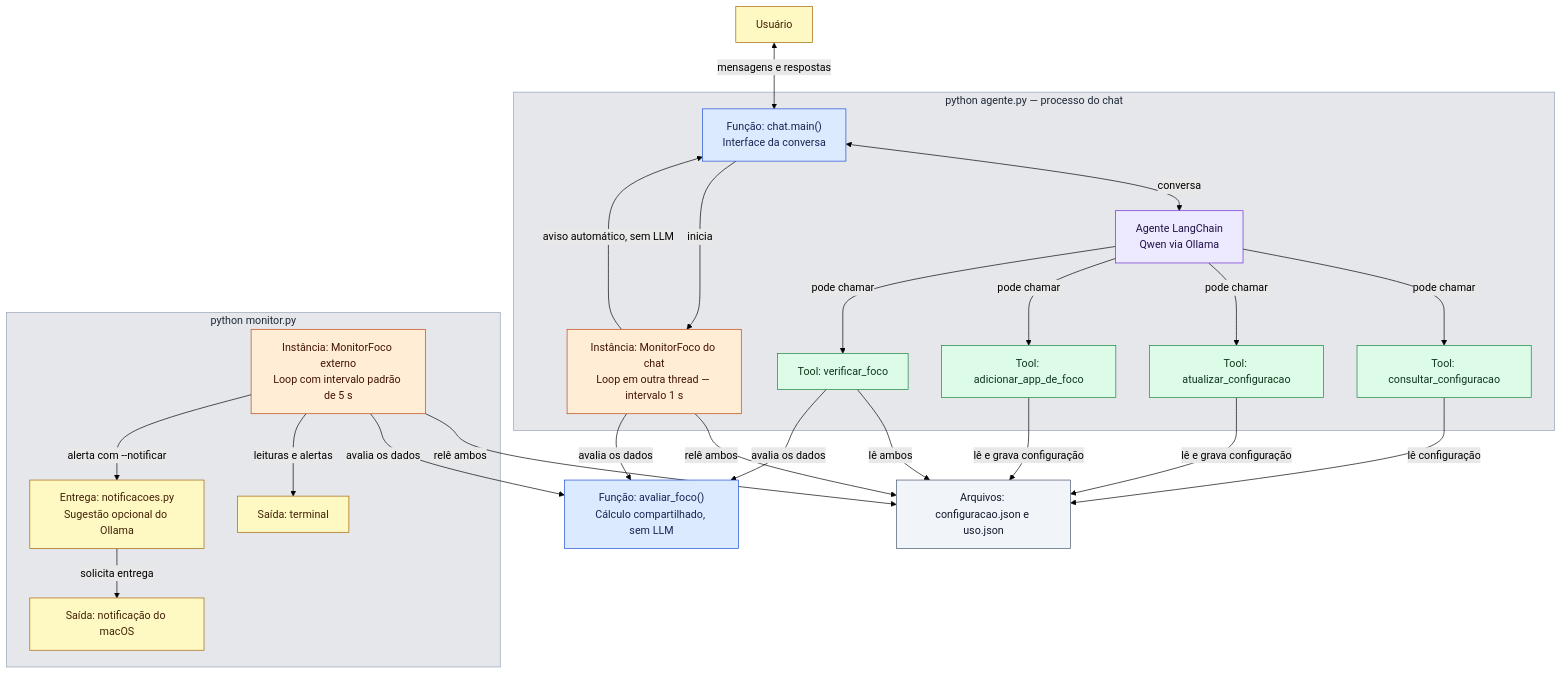
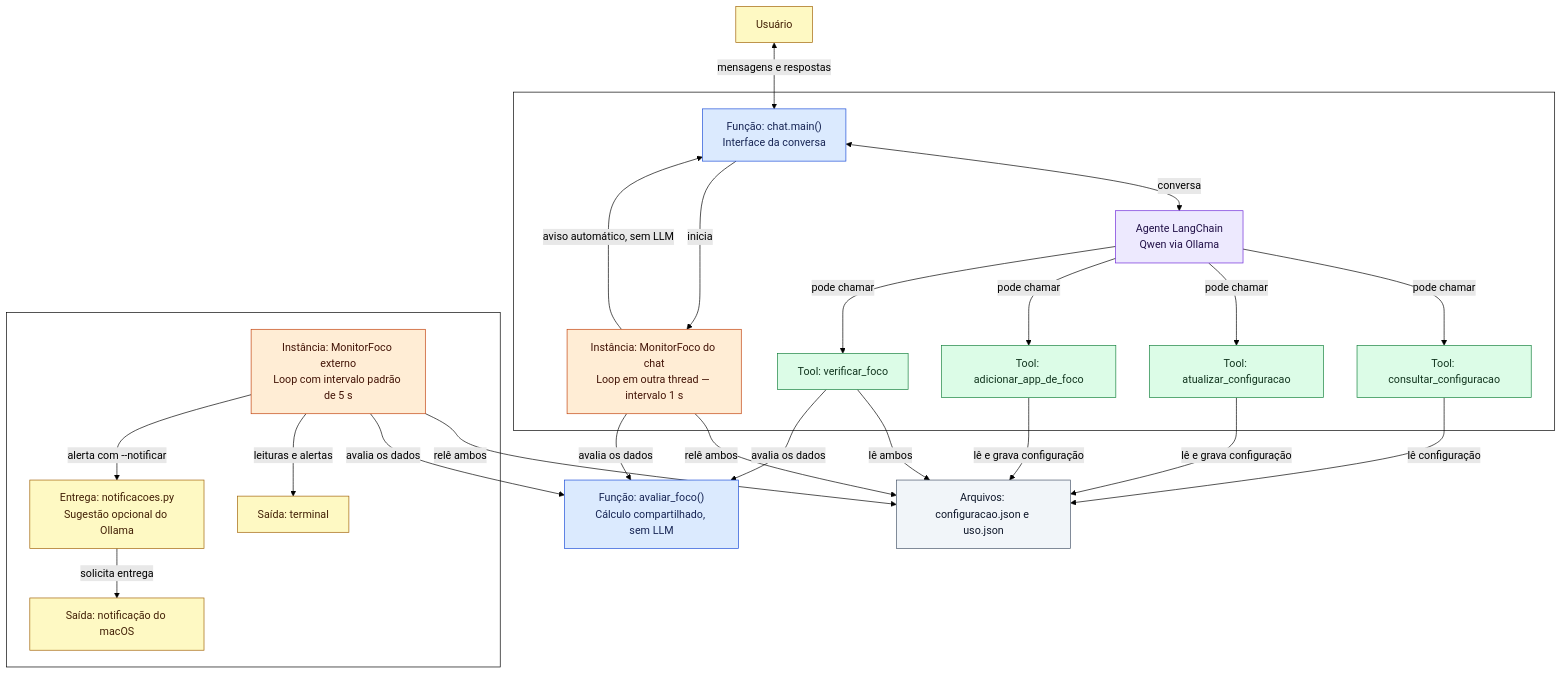
Before and after one commit to Luck4506/Residencia_IA_CPS_FluIA: the diagram in simples_langchain/README.md, drawn with Mermaid (forest theme).

Commit message:
mais melhorias no readme

````diff
--- a/simples_langchain/README.md
+++ b/simples_langchain/README.md
@@ -73,56 +73,56 @@
 ```mermaid
 flowchart TB
   usuario["Usuário"]:::externo
 
   subgraph conversa["python agente.py — processo do chat"]
     chat["Função: chat.main()<br/>Interface da conversa"]:::funcao
     agente["Agente LangChain<br/>Qwen via Ollama"]:::agente
     consultar["Tool: consultar_configuracao"]:::ferramenta
     atualizar["Tool: atualizar_configuracao"]:::ferramenta
     adicionar["Tool: adicionar_app_de_foco"]:::ferramenta
     verificar["Tool: verificar_foco"]:::ferramenta
     interno["Instância: MonitorFoco do chat<br/>Loop em outra thread — intervalo 1 s"]:::instancia
   end
 
   subgraph separado["python monitor.py"]
     externo["Instância: MonitorFoco externo<br/>Loop com intervalo padrão de 5 s"]:::instancia
     terminal["Saída: terminal"]:::externo
     notificacao["Entrega: notificacoes.py<br/>Sugestão opcional do Ollama"]:::externo
     mac["Saída: notificação do macOS"]:::externo
   end
 
   dados["Arquivos: configuracao.json e uso.json"]:::dado
   calculo["Função: avaliar_foco()<br/>Cálculo compartilhado, sem LLM"]:::funcao
 
   usuario <-->|"mensagens e respostas"| chat
   chat <-->|"conversa"| agente
   agente -->|"pode chamar"| consultar
   agente -->|"pode chamar"| atualizar
   agente -->|"pode chamar"| adicionar
   agente -->|"pode chamar"| verificar
   consultar -->|"lê configuração"| dados
   atualizar -->|"lê e grava configuração"| dados
   adicionar -->|"lê e grava configuração"| dados
   verificar -->|"lê ambos"| dados
   verificar -->|"avalia os dados"| calculo
 
   chat -->|"inicia"| interno
   interno -->|"aviso automático, sem LLM"| chat
   interno -->|"relê ambos"| dados
   externo -->|"relê ambos"| dados
   interno -->|"avalia os dados"| calculo
   externo -->|"avalia os dados"| calculo
   externo -->|"leituras e alertas"| terminal
   externo -->|"alerta com --notificar"| notificacao
   notificacao -->|"solicita entrega"| mac
 
-  style conversa fill:#e5e7eb,stroke:#94a3b8,color:#1f2937
-  style separado fill:#e5e7eb,stroke:#94a3b8,color:#1f2937
+  style conversa fill:none,stroke:#000000,stroke-width:1px,color:#ffffff,filter:none
+  style separado fill:none,stroke:#000000,stroke-width:1px,color:#ffffff,filter:none
 
   classDef agente fill:#ede9fe,stroke:#6d28d9,color:#211047
   classDef ferramenta fill:#dcfce7,stroke:#15803d,color:#12351f
   classDef funcao fill:#dbeafe,stroke:#1d4ed8,color:#172554
   classDef instancia fill:#ffedd5,stroke:#c2410c,color:#431407
   classDef dado fill:#f1f5f9,stroke:#475569,color:#0f172a
   classDef externo fill:#fef9c3,stroke:#a16207,color:#422006
 ```
````
